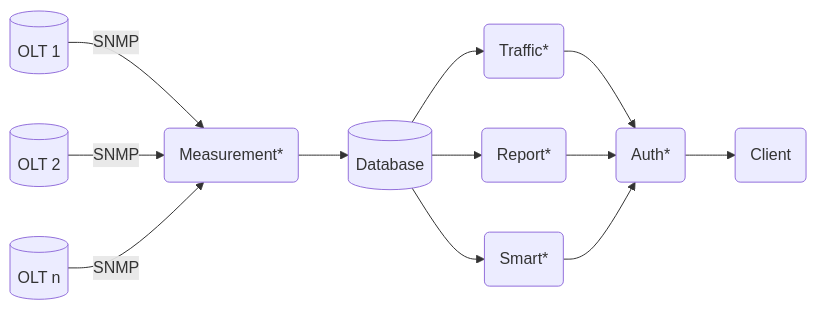
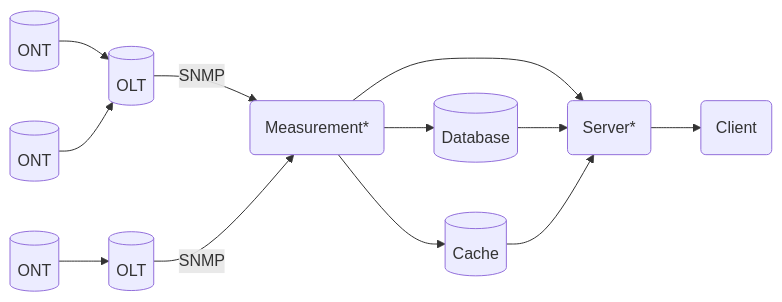
Before and after one commit to metalpoch/ultra-monitor: the diagram in README.md, drawn with Mermaid. The commit also changed other lines of this file and 1 other file, not shown here.

````diff
--- a/README.md
+++ b/README.md
@@ -5,14 +12,19 @@
 ```mermaid
 graph LR
-X[(OLT 1)] -- SNMP --> M(Measurement*)
-Y[(OLT 2)] -- SNMP --> M(Measurement*)
-Z[(OLT n)] -- SNMP --> M(Measurement*)
+ONT11[(ONT)] --> OLT1[(OLT)]
+ONT12[(ONT)] --> OLT1[(OLT)]
+
+ONT2n[(ONT)] --> OLT2[(OLT n)]
+
+OLT1[(OLT)] -- SNMP --> M(Measurement*)
+
+OLT2[(OLT)] -- SNMP --> M(Measurement*)
+
 M --> D[(Database)]
-D --> S(Smart*) 
-D --> R(Report*)
-D --> T(Traffic*)
-T --> A(Auth*)
-R --> A(Auth*)
-S --> A(Auth*)
-A --> C(Client)
+M --> S(Server*) 
+M --> R[(Cache)]
+
+D --> S
+R --> S
+S --> UI(Client)
 ```
````
